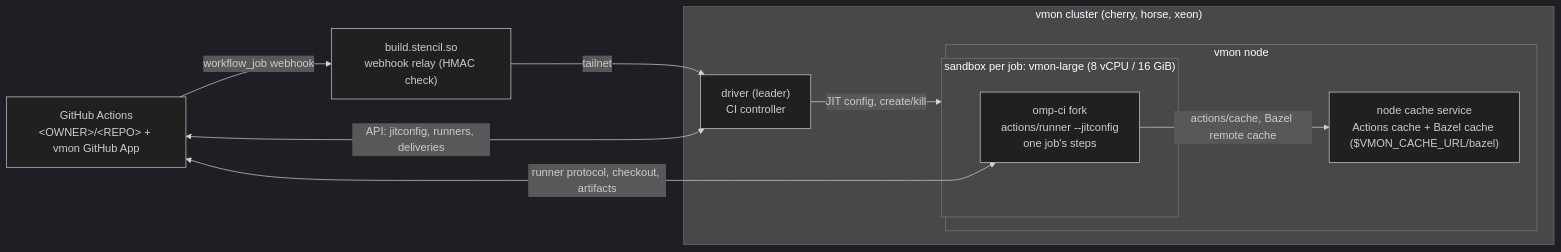
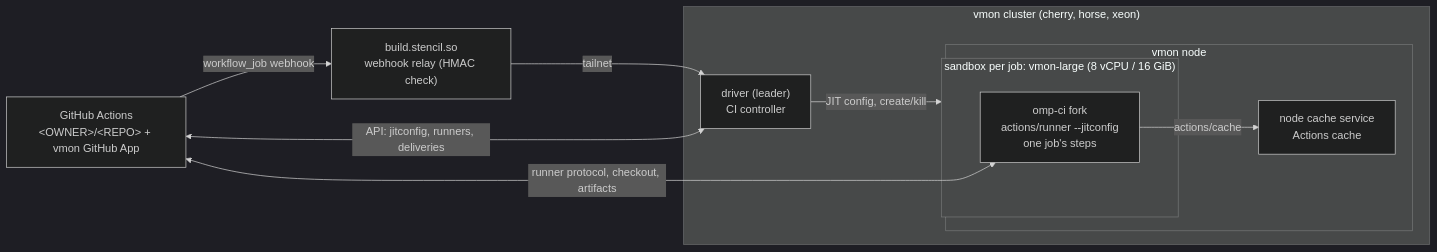
The diagram in infra/docs/README.md (NexusKMT/omp-slim), drawn with Mermaid (dark theme) before and after one commit. The commit also changed other lines of this file and 98 other files, not shown here.

````diff
--- a/infra/docs/README.md
+++ b/infra/docs/README.md
@@ -7,22 +7,22 @@
 ```mermaid
 flowchart LR
     GH["GitHub Actions<br/>&lt;OWNER&gt;/&lt;REPO&gt; + vmon GitHub App"]
     RELAY["build.stencil.so<br/>webhook relay (HMAC check)"]
 
     subgraph VMON["vmon cluster (cherry, horse, xeon)"]
       DRV["driver (leader)<br/>CI controller"]
       subgraph NODE["vmon node"]
-        CACHE["node cache service<br/>Actions cache + Bazel cache ($VMON_CACHE_URL/bazel)"]
+        CACHE["node cache service<br/>Actions cache"]
         subgraph SB["sandbox per job: vmon-large (8 vCPU / 16 GiB)"]
           JOB["omp-ci fork<br/>actions/runner --jitconfig<br/>one job's steps"]
         end
       end
     end
 
     GH -->|"workflow_job webhook"| RELAY
     RELAY -->|"tailnet"| DRV
     DRV -->|"JIT config, create/kill"| SB
     DRV <-->|"API: jitconfig, runners, deliveries"| GH
     JOB <-->|"runner protocol, checkout, artifacts"| GH
-    JOB -->|"actions/cache, Bazel remote cache"| CACHE
+    JOB -->|"actions/cache"| CACHE
 ```
````
